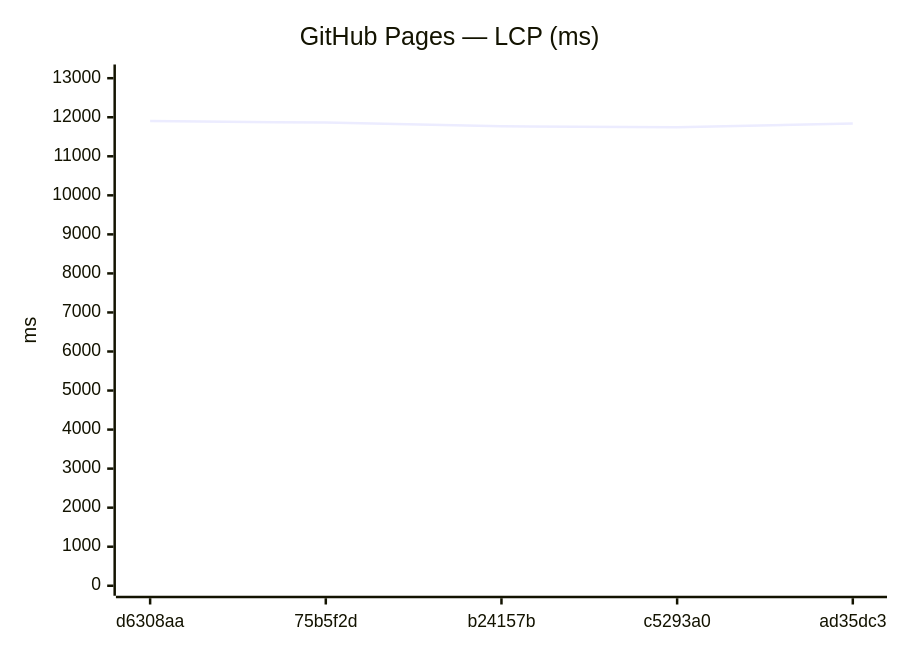
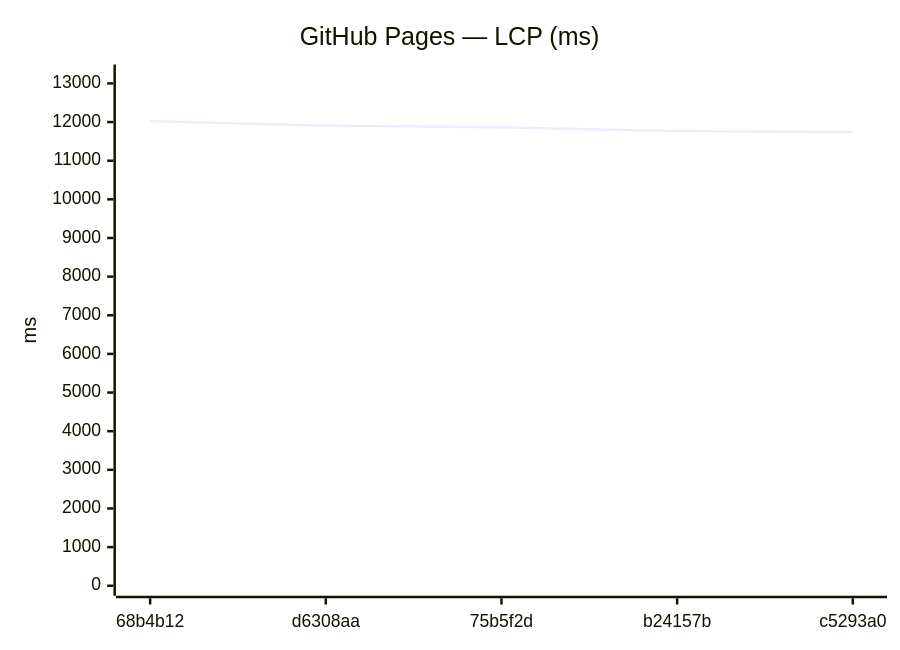
Before and after one commit to Metaheurist/Rianell: diagram 11 of 24 in benchmarks/compare.md, drawn with Mermaid. The commit also changed other lines of this file and 14 other files, not shown here.

````diff
--- a/benchmarks/compare.md
+++ b/benchmarks/compare.md
@@ -169,7 +169,7 @@
 ```mermaid
 xychart-beta
     title "GitHub Pages — LCP (ms)"
-    x-axis ["d6308aa", "75b5f2d", "b24157b", "c5293a0", "ad35dc3"]
-    y-axis "ms" 0 --> 13095
-    line [11904, 11863, 11768, 11742, 11838]
+    x-axis ["68b4b12", "d6308aa", "75b5f2d", "b24157b", "c5293a0"]
+    y-axis "ms" 0 --> 13231
+    line [12028, 11904, 11863, 11768, 11742]
 ```
````
